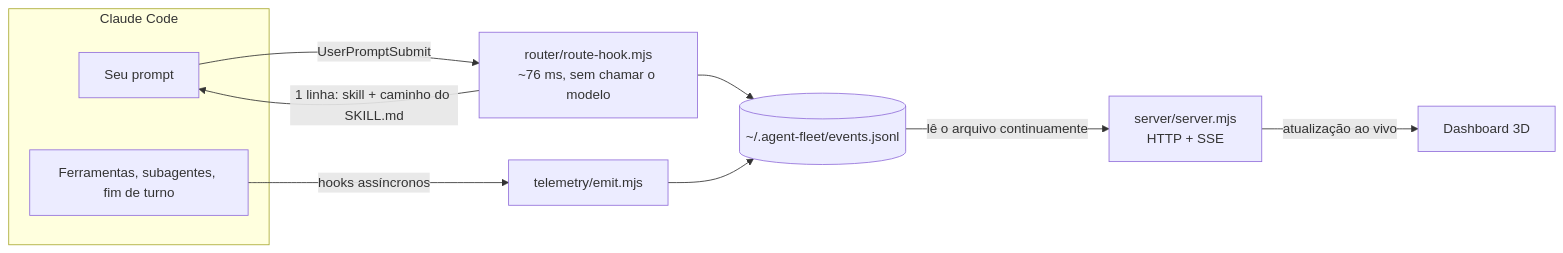
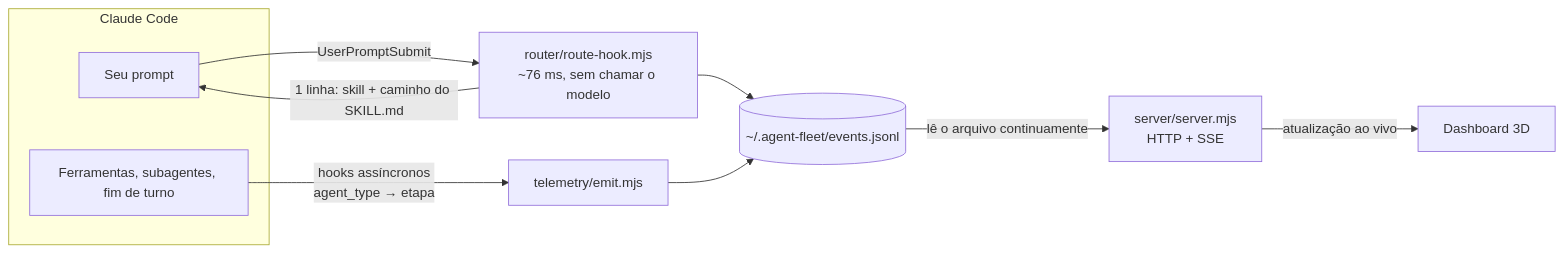
One commit to carloscjm/agent-fleet-3d changed the second of 3 diagrams in README.md. Above: the diagram before and after it, drawn with Mermaid. The commit also changed other lines of this file and 27 other files, not shown here.

````diff
--- a/README.md
+++ b/README.md
@@ -128,14 +142,14 @@
 ```mermaid
 flowchart LR
   subgraph CC["Claude Code"]
     P["Seu prompt"]
     T["Ferramentas, subagentes, fim de turno"]
   end
   P -->|UserPromptSubmit| R["router/route-hook.mjs<br/>~76 ms, sem chamar o modelo"]
   R -->|"1 linha: skill + caminho do SKILL.md"| P
-  T -->|"hooks assíncronos"| E["telemetry/emit.mjs"]
+  T -->|"hooks assíncronos<br/>agent_type → etapa"| E["telemetry/emit.mjs"]
   R --> F[("~/.agent-fleet/events.jsonl")]
   E --> F
   F -->|"lê o arquivo continuamente"| S["server/server.mjs<br/>HTTP + SSE"]
   S -->|"atualização ao vivo"| U["Dashboard 3D"]
 ```
````
